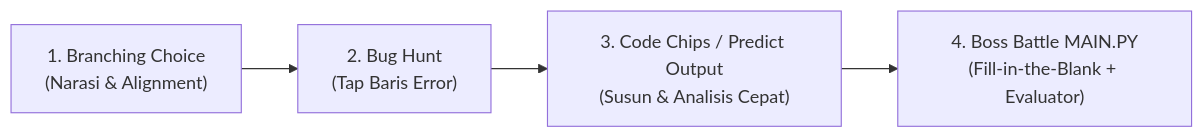
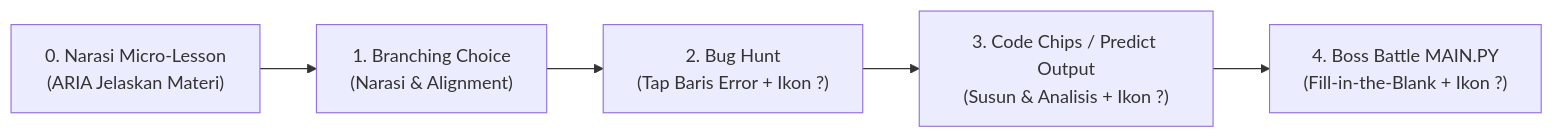
One commit to akira4n/code-of-the-mistery changed the diagram in docs/GAMEPLAY_INTERACTIVE_DESIGN.md. Above: the diagram before and after it, drawn with Mermaid. The commit also changed other lines of this file and 9 other files, not shown here.

````diff
--- a/docs/GAMEPLAY_INTERACTIVE_DESIGN.md
+++ b/docs/GAMEPLAY_INTERACTIVE_DESIGN.md
@@ -45,6 +47,7 @@
 ```mermaid
 flowchart LR
-    A["1. Branching Choice\n(Narasi & Alignment)"] --> B["2. Bug Hunt\n(Tap Baris Error)"]
-    B --> C["3. Code Chips / Predict Output\n(Susun & Analisis Cepat)"]
-    C --> D["4. Boss Battle MAIN.PY\n(Fill-in-the-Blank + Evaluator)"]
+    L["0. Narasi Micro-Lesson\n(ARIA Jelaskan Materi)"] --> A["1. Branching Choice\n(Narasi & Alignment)"]
+    A --> B["2. Bug Hunt\n(Tap Baris Error + Ikon ?)"]
+    B --> C["3. Code Chips / Predict Output\n(Susun & Analisis + Ikon ?)"]
+    C --> D["4. Boss Battle MAIN.PY\n(Fill-in-the-Blank + Ikon ?)"]
 ```
````
